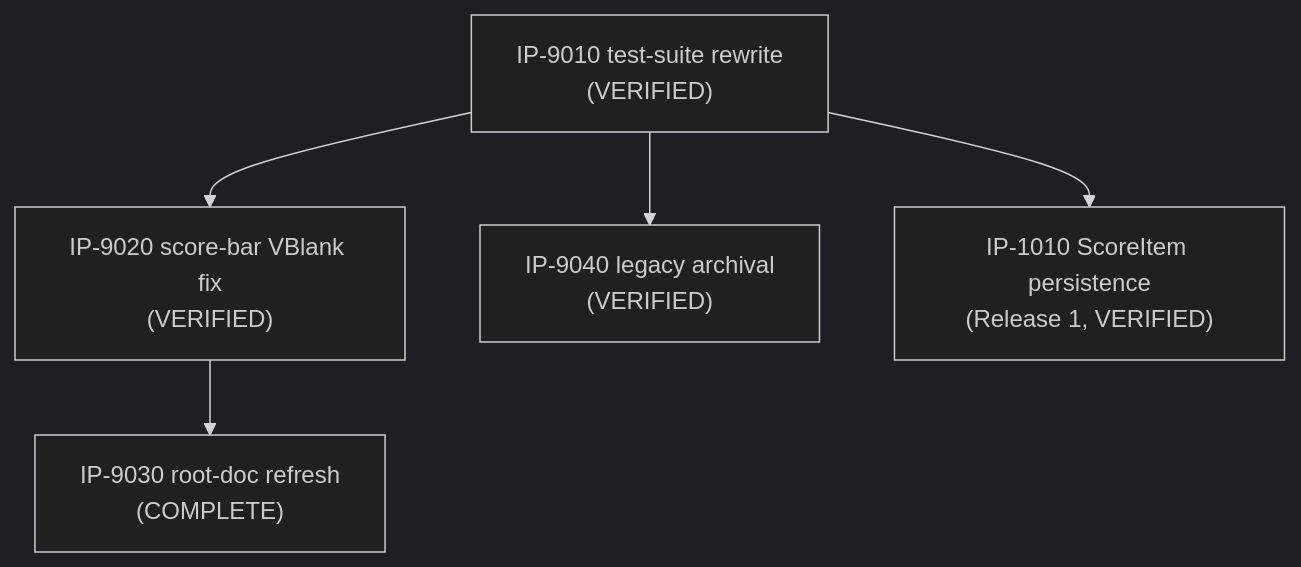
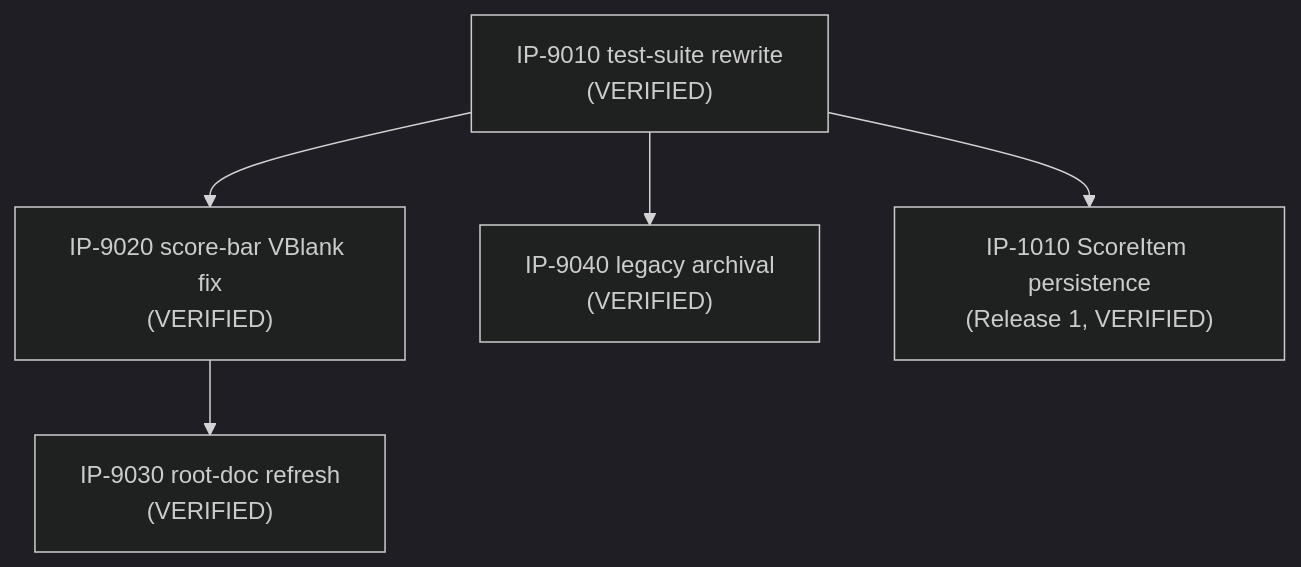
The diagram in docs/implementation/00-master-build-plan.md (Zabin/RsGame), drawn with Mermaid (dark theme) before and after one commit. The commit also changed other lines of this file and 4 other files, not shown here.

First line of the commit message:
docs(verification): VR-9030 -- IP-9030 VERIFIED, bootstrap tranche complete

````diff
--- a/docs/implementation/00-master-build-plan.md
+++ b/docs/implementation/00-master-build-plan.md
@@ -26,12 +26,12 @@
 ```mermaid
 graph TD
     IP9010["IP-9010 test-suite rewrite<br/>(VERIFIED)"]
     IP9020["IP-9020 score-bar VBlank fix<br/>(VERIFIED)"]
-    IP9030["IP-9030 root-doc refresh<br/>(COMPLETE)"]
+    IP9030["IP-9030 root-doc refresh<br/>(VERIFIED)"]
     IP9040["IP-9040 legacy archival<br/>(VERIFIED)"]
     IP1010["IP-1010 ScoreItem persistence<br/>(Release 1, VERIFIED)"]
     IP9010 --> IP9020
     IP9010 --> IP9040
     IP9010 --> IP1010
     IP9020 --> IP9030
 ```
````
